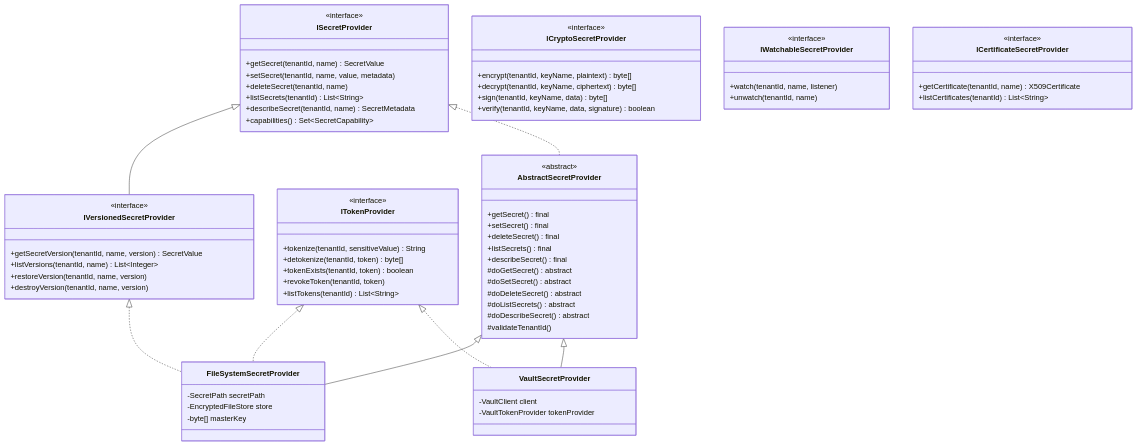
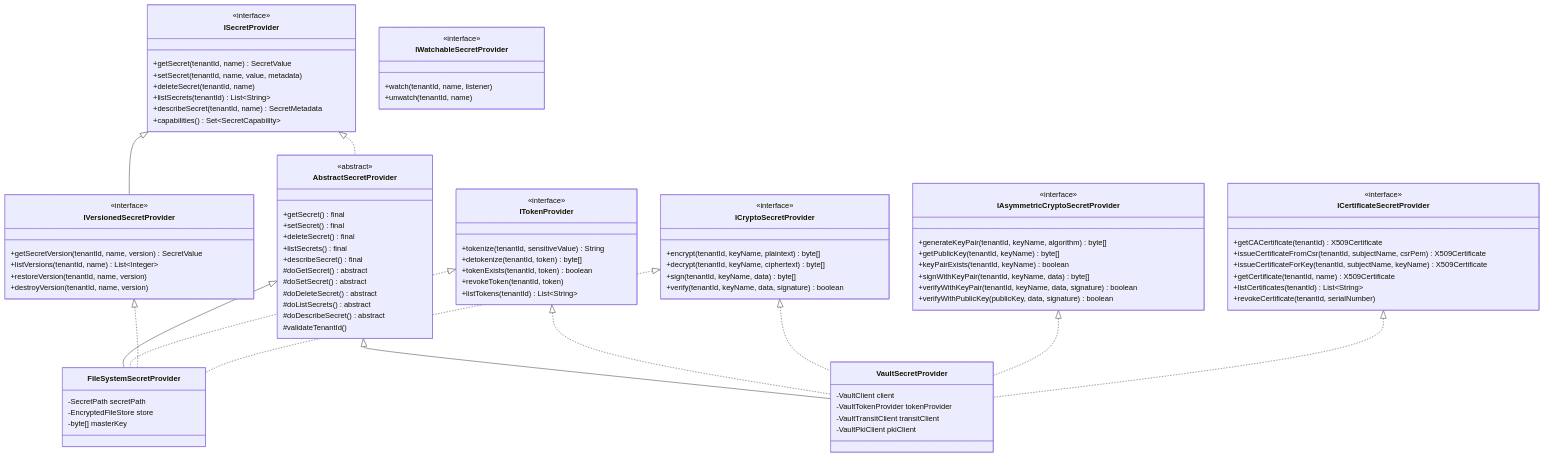
One commit to asebban/payos-docs changed the second of 13 diagrams in architecture/secret-provider-architecture.md. Above: the diagram before and after it, drawn with Mermaid. The commit also changed other lines of this file and 9 other files, not shown here.

````diff
--- a/architecture/secret-provider-architecture.md
+++ b/architecture/secret-provider-architecture.md
@@ -146,10 +146,23 @@
         +watch(tenantId, name, listener)
         +unwatch(tenantId, name)
     }
+    class IAsymmetricCryptoSecretProvider {
+        <<interface>>
+        +generateKeyPair(tenantId, keyName, algorithm) byte[]
+        +getPublicKey(tenantId, keyName) byte[]
+        +keyPairExists(tenantId, keyName) boolean
+        +signWithKeyPair(tenantId, keyName, data) byte[]
+        +verifyWithKeyPair(tenantId, keyName, data, signature) boolean
+        +verifyWithPublicKey(publicKey, data, signature) boolean
+    }
     class ICertificateSecretProvider {
         <<interface>>
+        +getCACertificate(tenantId) X509Certificate
+        +issueCertificateFromCsr(tenantId, subjectName, csrPem) X509Certificate
+        +issueCertificateForKey(tenantId, subjectName, keyName) X509Certificate
         +getCertificate(tenantId, name) X509Certificate
         +listCertificates(tenantId) List~String~
+        +revokeCertificate(tenantId, serialNumber)
     }
     class AbstractSecretProvider {
         <<abstract>>
@@ -173,6 +186,8 @@
     class VaultSecretProvider {
         -VaultClient client
         -VaultTokenProvider tokenProvider
+        -VaultTransitClient transitClient
+        -VaultPkiClient pkiClient
     }
 
     ISecretProvider <|-- IVersionedSecretProvider
@@ -182,4 +197,8 @@
     ITokenProvider <|.. FileSystemSecretProvider
     ITokenProvider <|.. VaultSecretProvider
     IVersionedSecretProvider <|.. FileSystemSecretProvider
+    ICryptoSecretProvider <|.. FileSystemSecretProvider
+    ICryptoSecretProvider <|.. VaultSecretProvider
+    IAsymmetricCryptoSecretProvider <|.. VaultSecretProvider
+    ICertificateSecretProvider <|.. VaultSecretProvider
 ```
````
